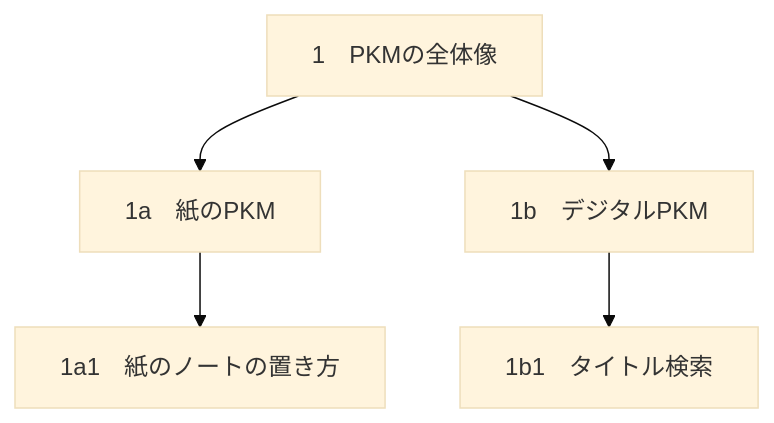
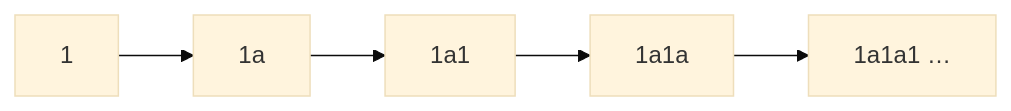
Before and after one commit to Yurii7812/homepage: the second of 4 diagrams in ja/paper-pkm/guide.md, drawn with Mermaid (base theme). The commit also changed other lines of this file and 3 other files, not shown here.

Commit message:
Clarify paper PKM diagrams and reference ink

````diff
--- a/ja/paper-pkm/guide.md
+++ b/ja/paper-pkm/guide.md
@@ -56,7 +74,4 @@
 ```mermaid
-flowchart TD
-  A["1　PKMの全体像"] --> B["1a　紙のPKM"]
-  A --> C["1b　デジタルPKM"]
-  B --> D["1a1　紙のノートの置き方"]
-  C --> E["1b1　タイトル検索"]
+flowchart LR
+  A["1"] --> B["1a"] --> C["1a1"] --> D["1a1a"] --> E["1a1a1 …"]
 ```
````
